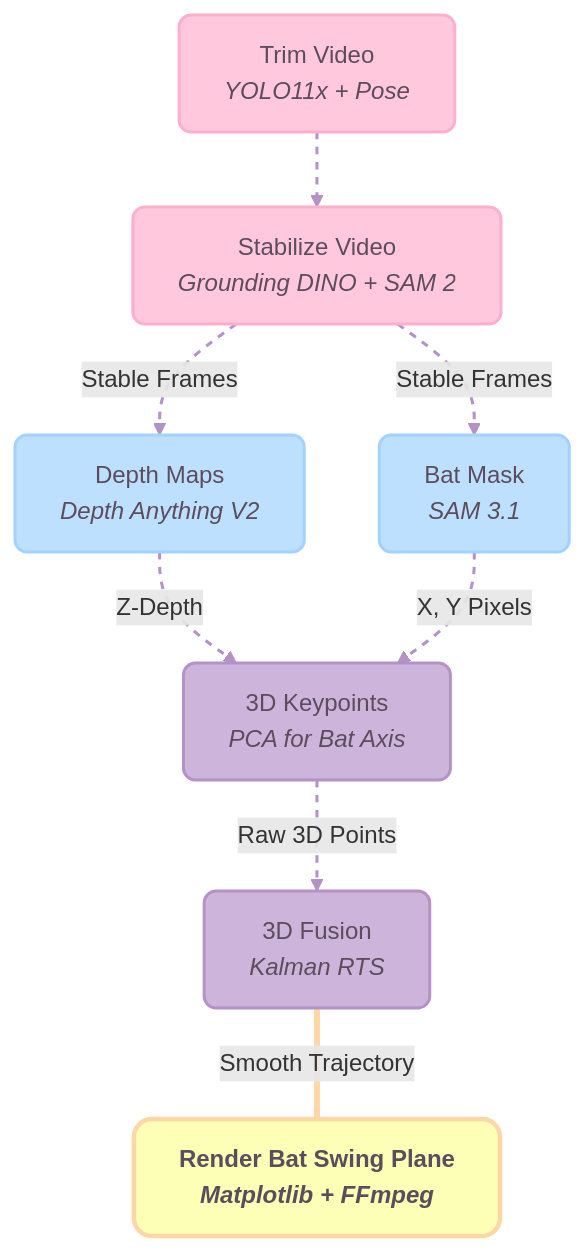
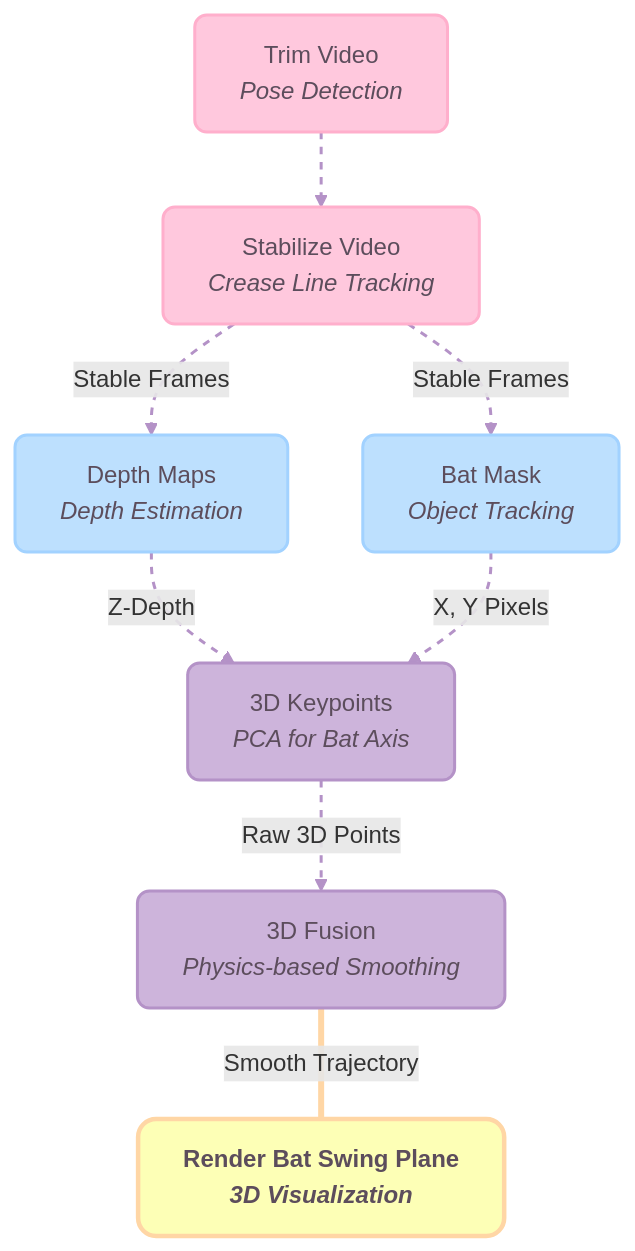
Before and after one commit to adnanmsk/blog_privew: the sixth of 10 diagrams in pipeline_diagrams.md, drawn with Mermaid. The commit also changed other lines of this file, not shown here.

Commit message:
Update all 13 pipeline diagram options to use model-free task labels

````diff
--- a/pipeline_diagrams.md
+++ b/pipeline_diagrams.md
@@ -242,18 +243,18 @@
 ```mermaid
 flowchart TD
     classDef prep fill:#ffc8dd,stroke:#ffafcc,stroke-width:2px,color:#5c4d5c,rx:8px,ry:8px
     classDef infer fill:#bde0fe,stroke:#a2d2ff,stroke-width:2px,color:#5c4d5c,rx:8px,ry:8px
     classDef phys fill:#cdb4db,stroke:#b492c7,stroke-width:2px,color:#5c4d5c,rx:8px,ry:8px
     classDef out fill:#fdffb6,stroke:#ffd6a5,stroke-width:3px,color:#5c4d5c,rx:12px,ry:12px,font-weight:bold
 
-    T["Trim Video<br><i>YOLO11x + Pose</i>"]:::prep --> S["Stabilize Video<br><i>Grounding DINO + SAM 2</i>"]:::prep
-    S -- "Stable Frames" --> D["Depth Maps<br><i>Depth Anything V2</i>"]:::infer
-    S -- "Stable Frames" --> Seg["Bat Mask<br><i>SAM 3.1</i>"]:::infer
+    T["Trim Video<br><i>Pose Detection</i>"]:::prep --> S["Stabilize Video<br><i>Crease Line Tracking</i>"]:::prep
+    S -- "Stable Frames" --> D["Depth Maps<br><i>Depth Estimation</i>"]:::infer
+    S -- "Stable Frames" --> Seg["Bat Mask<br><i>Object Tracking</i>"]:::infer
     D -- "Z-Depth" --> K["3D Keypoints<br><i>PCA for Bat Axis</i>"]:::phys
     Seg -- "X, Y Pixels" --> K
-    K -- "Raw 3D Points" --> F["3D Fusion<br><i>Kalman RTS</i>"]:::phys
-    F == "Smooth Trajectory" === R["Render Bat Swing Plane<br><i>Matplotlib + FFmpeg</i>"]:::out
+    K -- "Raw 3D Points" --> F["3D Fusion<br><i>Physics-based Smoothing</i>"]:::phys
+    F == "Smooth Trajectory" === R["Render Bat Swing Plane<br><i>3D Visualization</i>"]:::out
 
     linkStyle 0,1,2,3,4,5 stroke:#b492c7,stroke-width:2px,stroke-dasharray: 5 5
     linkStyle 6 stroke:#ffd6a5,stroke-width:4px
 ```
````
